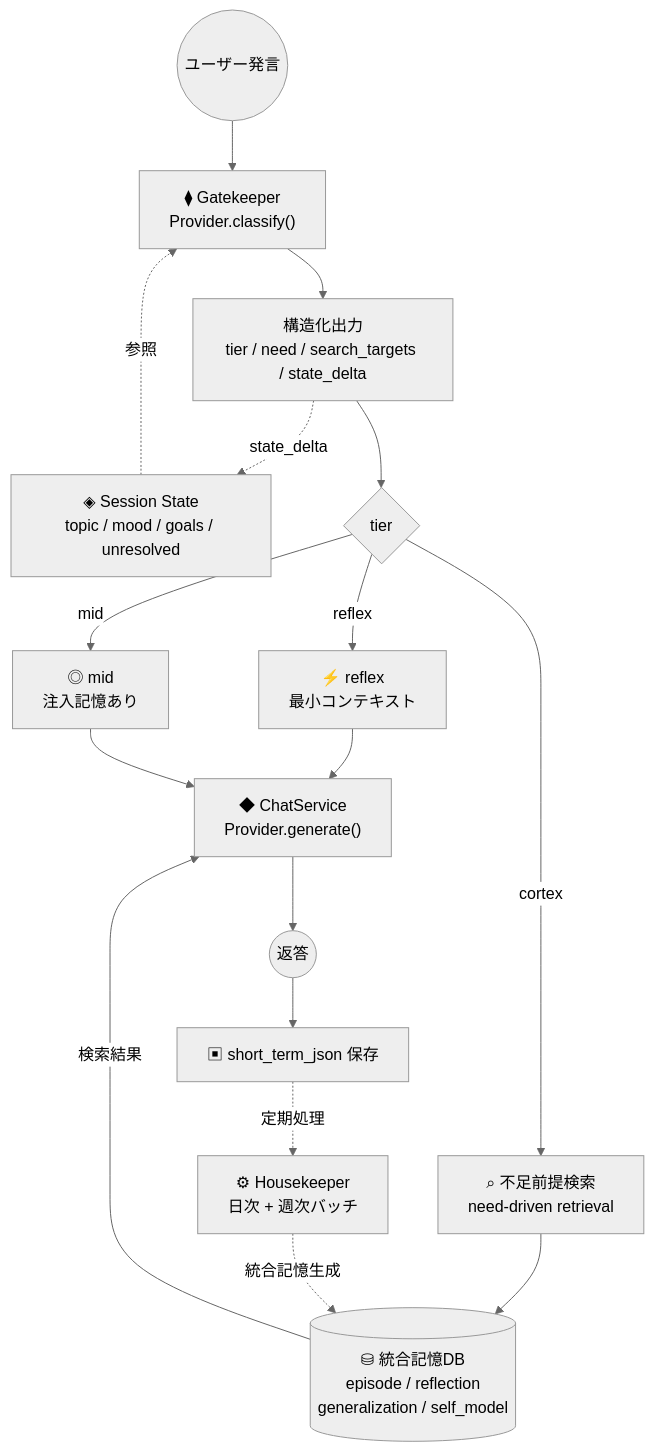
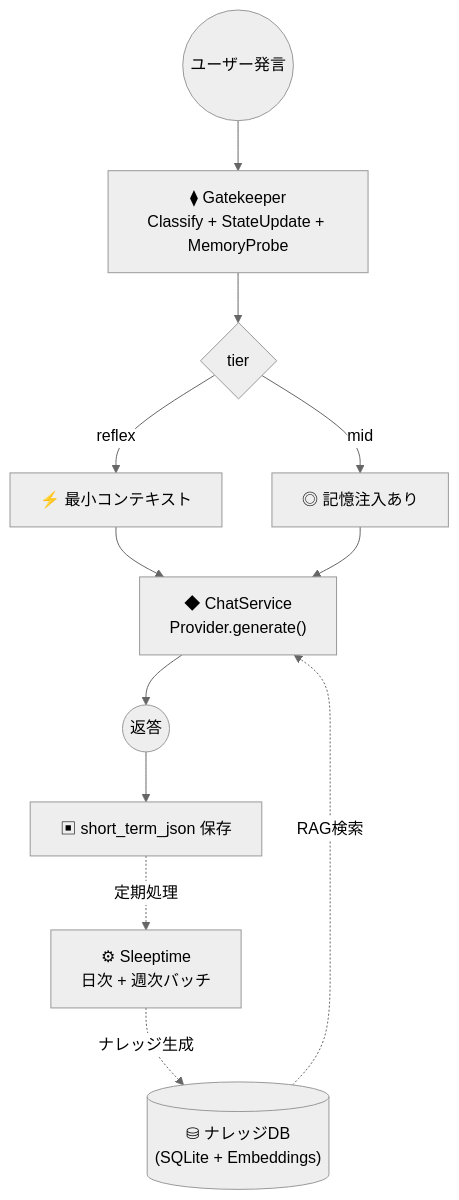
One commit to unagisann/Butly changed the diagram in README.ja.md. Above: the diagram before and after it, drawn with Mermaid (neutral theme). The commit also changed other lines of this file and 30 other files, not shown here.

````diff
--- a/README.ja.md
+++ b/README.ja.md
@@ -192,19 +184,14 @@
 ```mermaid
 flowchart TD
-    A((ユーザー発言)) --> B["⧫ Gatekeeper<br/>Provider.classify()"]
-    B --> C["構造化出力<br/>tier / need / search_targets / state_delta"]
-    C -.->|state_delta| D["◈ Session State<br/>topic / mood / goals / unresolved"]
-    D -.->|参照| B
-    C --> E{tier}
-    E -->|reflex| F["⚡ reflex<br/>最小コンテキスト"]
-    E -->|mid| G["◎ mid<br/>注入記憶あり"]
-    E -->|cortex| H["⌕ 不足前提検索<br/>need-driven retrieval"]
-    H --> I[("⛁ 統合記憶DB<br/>episode / reflection<br/>generalization / self_model")]
-    F --> J["◆ ChatService<br/>Provider.generate()"]
-    G --> J
-    I -->|検索結果| J
-    J --> K((返答))
-    K --> L["▣ short_term_json 保存"]
-    L -.->|定期処理| M["⚙ Housekeeper<br/>日次 + 週次バッチ"]
-    M -.->|統合記憶生成| I
+    A((ユーザー発言)) --> B["⧫ Gatekeeper<br/>Classify + StateUpdate + MemoryProbe"]
+    B --> C{tier}
+    C -->|reflex| D["⚡ 最小コンテキスト"]
+    C -->|mid| E["◎ 記憶注入あり"]
+    D --> F["◆ ChatService<br/>Provider.generate()"]
+    E --> F
+    F --> G((返答))
+    G --> H["▣ short_term_json 保存"]
+    H -.->|定期処理| I["⚙ Sleeptime<br/>日次 + 週次バッチ"]
+    I -.->|ナレッジ生成| J[("⛁ ナレッジDB<br/>(SQLite + Embeddings)")]
+    J -.->|RAG検索| F
 ```
````
